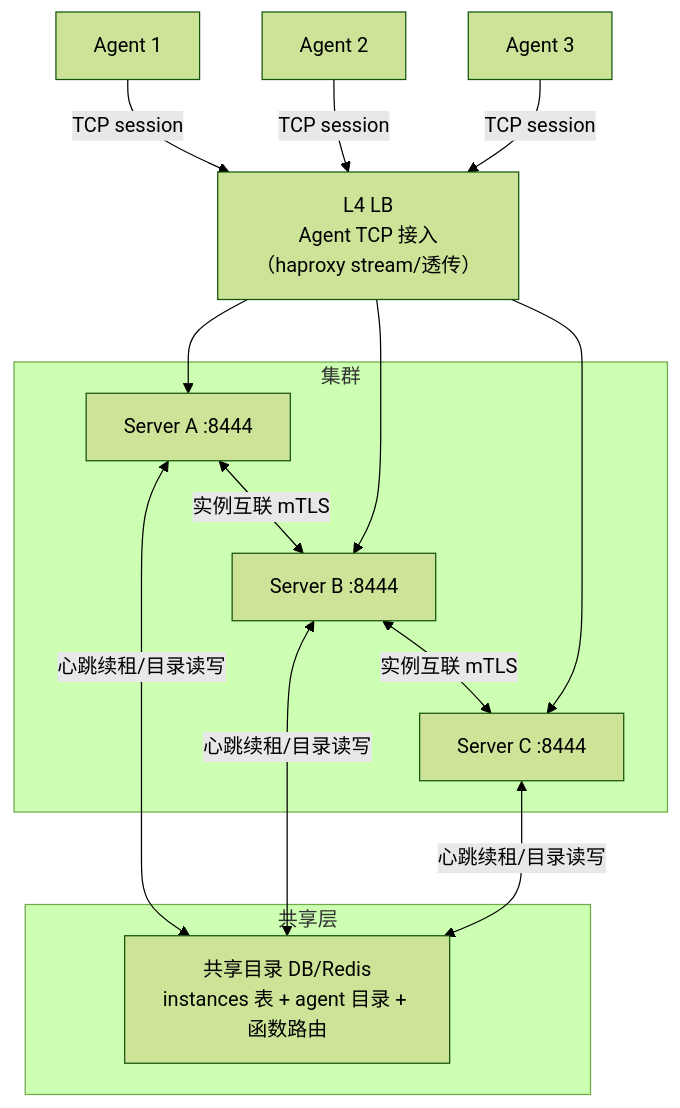
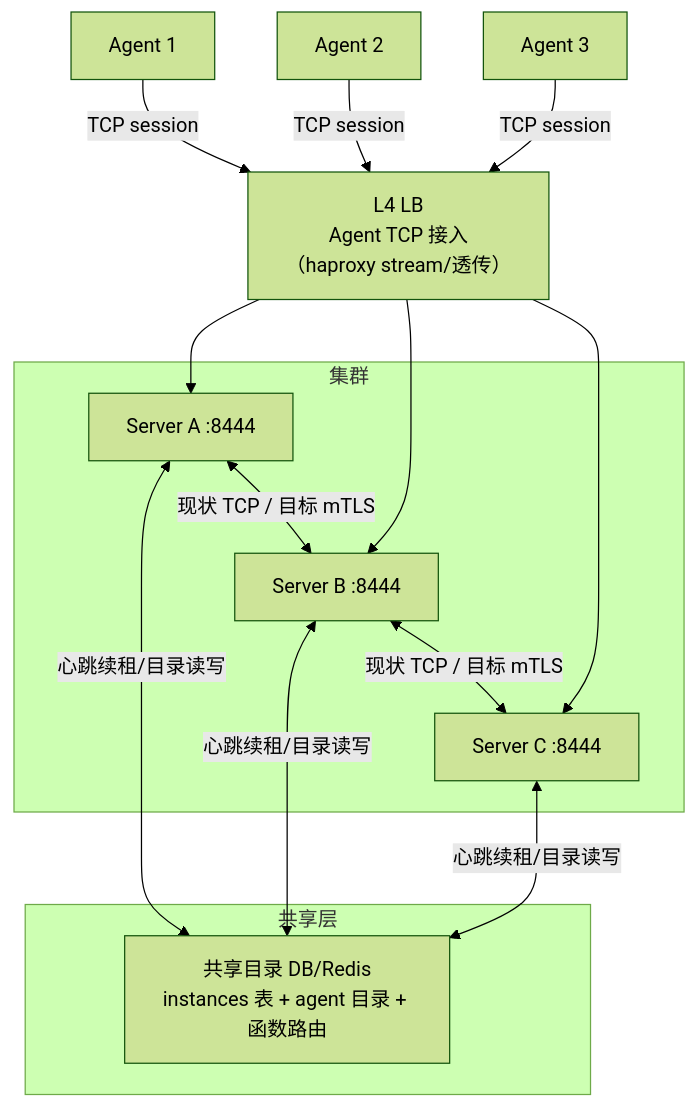
Before and after one commit to cuihairu/croupier: the diagram in docs/zh/architecture/server-ha-multi-instance.md, drawn with Mermaid (forest theme). The commit also changed other lines of this file and 52 other files, not shown here.

Commit message:
docs: audit game-ops readiness and align analytics roadmap

````diff
--- a/docs/zh/architecture/server-ha-multi-instance.md
+++ b/docs/zh/architecture/server-ha-multi-instance.md
@@ -152,27 +152,27 @@
 ```mermaid
 graph TB
   subgraph 共享层
     DIR[共享目录 DB/Redis<br/>instances 表 + agent 目录 + 函数路由]
   end
   subgraph 集群
     SA[Server A :8444]
     SB[Server B :8444]
     SC[Server C :8444]
   end
   LB[L4 LB<br/>Agent TCP 接入<br/>（haproxy stream/透传）]
   AG1[Agent 1]
   AG2[Agent 2]
   AG3[Agent 3]
 
   SA <-->|心跳续租/目录读写| DIR
   SB <-->|心跳续租/目录读写| DIR
   SC <-->|心跳续租/目录读写| DIR
-  SA <-->|实例互联 mTLS| SB
-  SB <-->|实例互联 mTLS| SC
+  SA <-->|现状 TCP / 目标 mTLS| SB
+  SB <-->|现状 TCP / 目标 mTLS| SC
   AG1 -->|TCP session| LB
   AG2 -->|TCP session| LB
   AG3 -->|TCP session| LB
   LB --> SA
   LB --> SB
   LB --> SC
 ```
````
